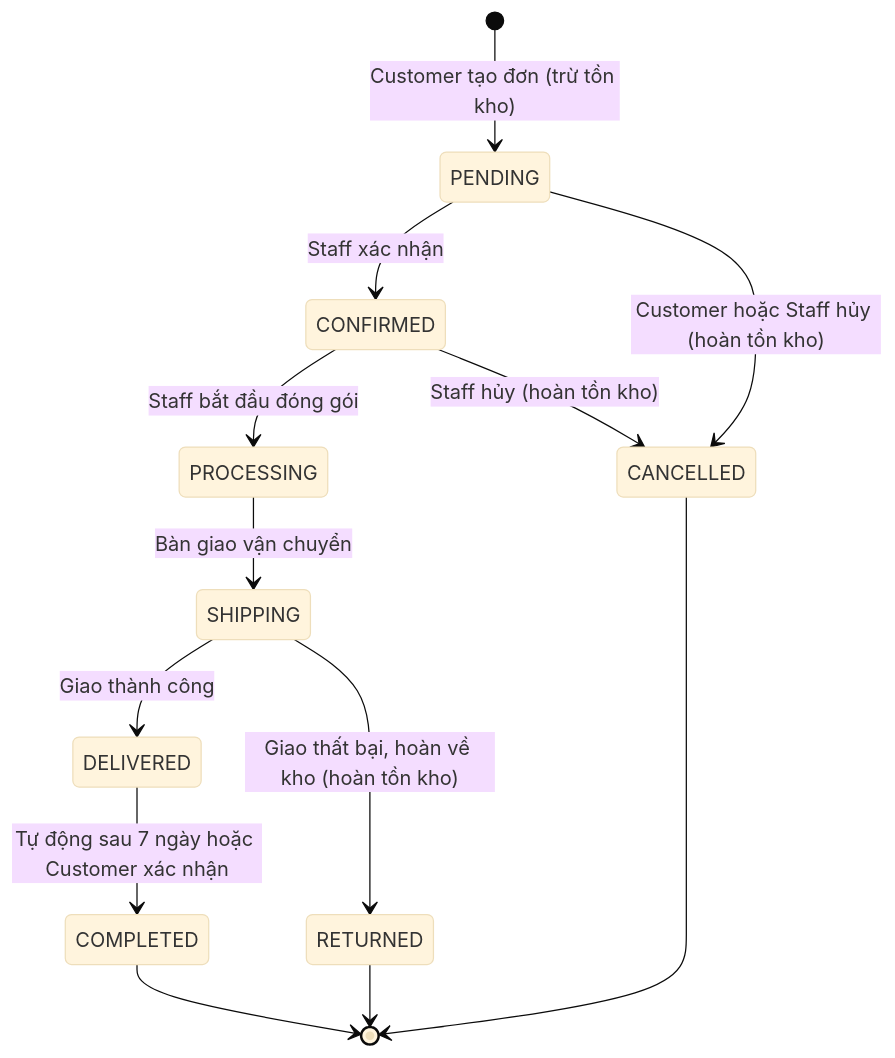
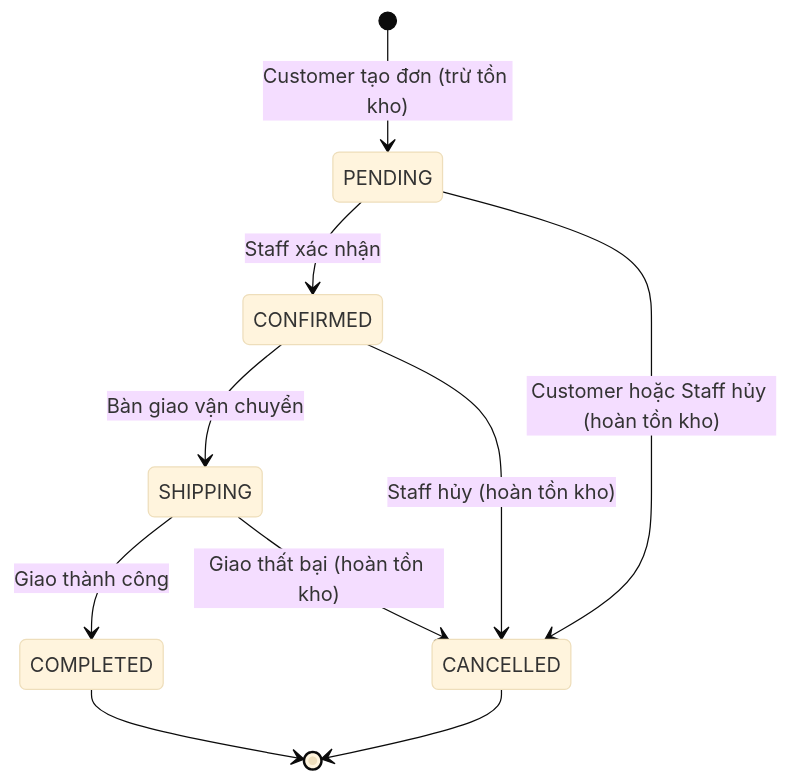
Before and after one commit to xuanviet96/DATN: the first of 5 diagrams in DATN-PC-Store/Tai-lieu-ky-thuat-DATN-PC-Store.md, drawn with Mermaid (base theme). The commit also changed other lines of this file, not shown here.

````diff
--- a/DATN-PC-Store/Tai-lieu-ky-thuat-DATN-PC-Store.md
+++ b/DATN-PC-Store/Tai-lieu-ky-thuat-DATN-PC-Store.md
@@ -240,15 +248,12 @@
 ```mermaid
 stateDiagram-v2
     [*] --> PENDING : Customer tạo đơn (trừ tồn kho)
     PENDING --> CONFIRMED : Staff xác nhận
     PENDING --> CANCELLED : Customer hoặc Staff hủy (hoàn tồn kho)
-    CONFIRMED --> PROCESSING : Staff bắt đầu đóng gói
+    CONFIRMED --> SHIPPING : Bàn giao vận chuyển
     CONFIRMED --> CANCELLED : Staff hủy (hoàn tồn kho)
-    PROCESSING --> SHIPPING : Bàn giao vận chuyển
-    SHIPPING --> DELIVERED : Giao thành công
-    SHIPPING --> RETURNED : Giao thất bại, hoàn về kho (hoàn tồn kho)
-    DELIVERED --> COMPLETED : Tự động sau 7 ngày hoặc Customer xác nhận
+    SHIPPING --> COMPLETED : Giao thành công
+    SHIPPING --> CANCELLED : Giao thất bại (hoàn tồn kho)
     COMPLETED --> [*]
     CANCELLED --> [*]
-    RETURNED --> [*]
 ```
````
